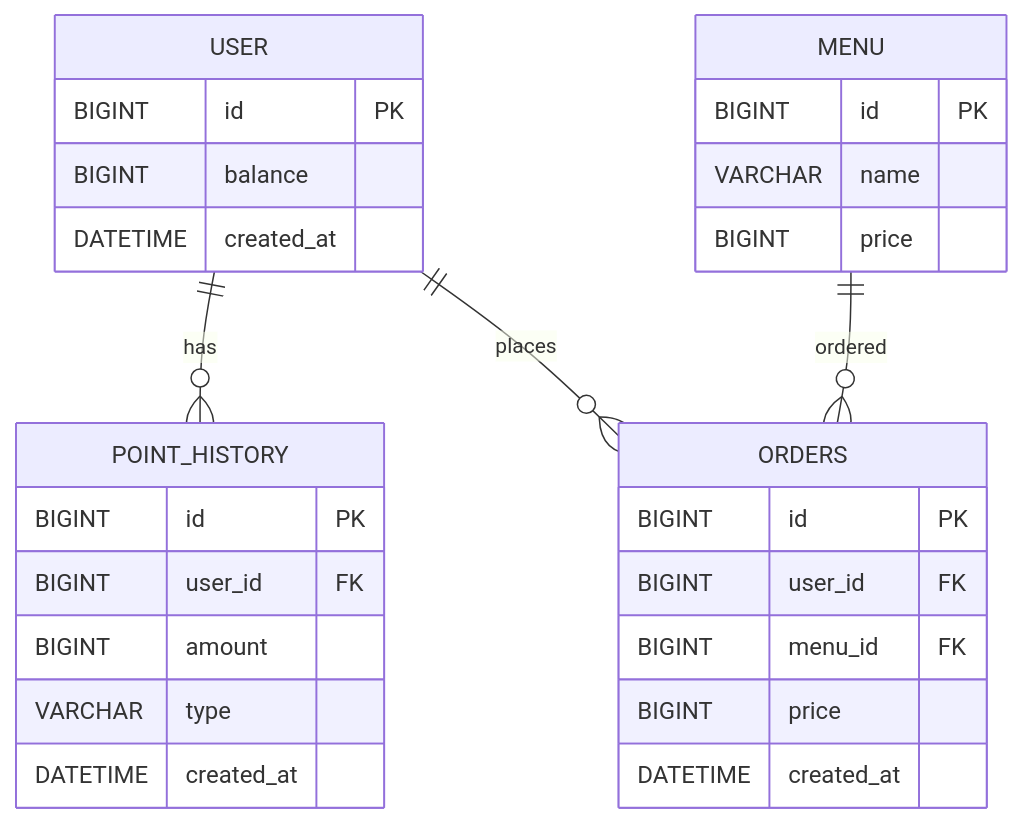
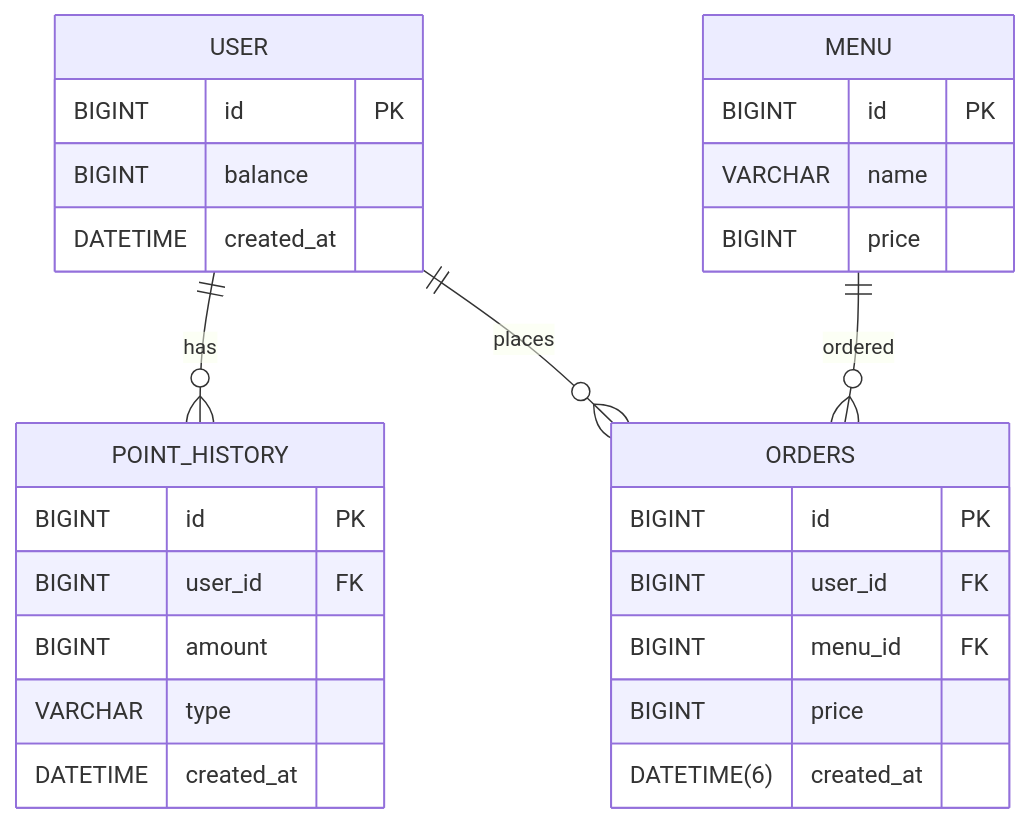
The diagram in README.md (beyejin/coffee-order-system), drawn with Mermaid before and after one commit. The commit also changed other lines of this file and 4 other files, not shown here.

````diff
--- a/README.md
+++ b/README.md
@@ -70,31 +90,31 @@
 ```mermaid
 erDiagram
     USER ||--o{ POINT_HISTORY : has
     USER ||--o{ ORDERS : places
     MENU ||--o{ ORDERS : ordered
 
     USER {
         BIGINT id PK
         BIGINT balance
         DATETIME created_at
     }
     POINT_HISTORY {
         BIGINT id PK
         BIGINT user_id FK
         BIGINT amount
         VARCHAR type
         DATETIME created_at
     }
     MENU {
         BIGINT id PK
         VARCHAR name
         BIGINT price
     }
     ORDERS {
         BIGINT id PK
         BIGINT user_id FK
         BIGINT menu_id FK
         BIGINT price
-        DATETIME created_at
+        DATETIME(6) created_at
     }
 ```
````
